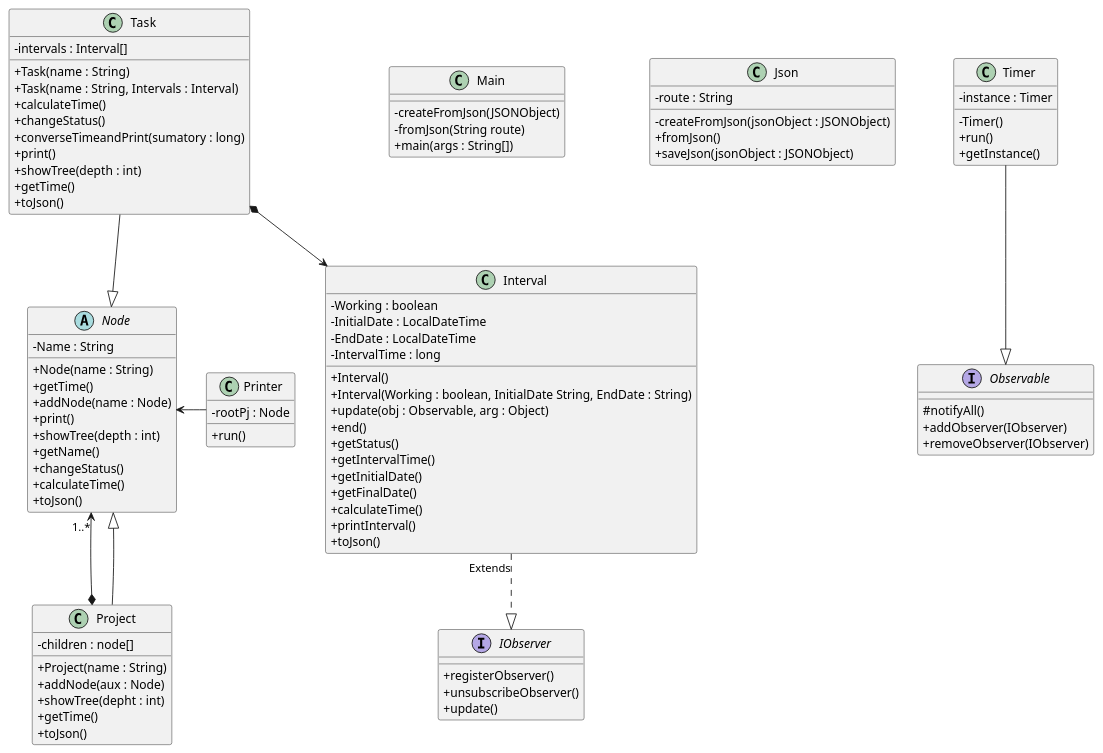
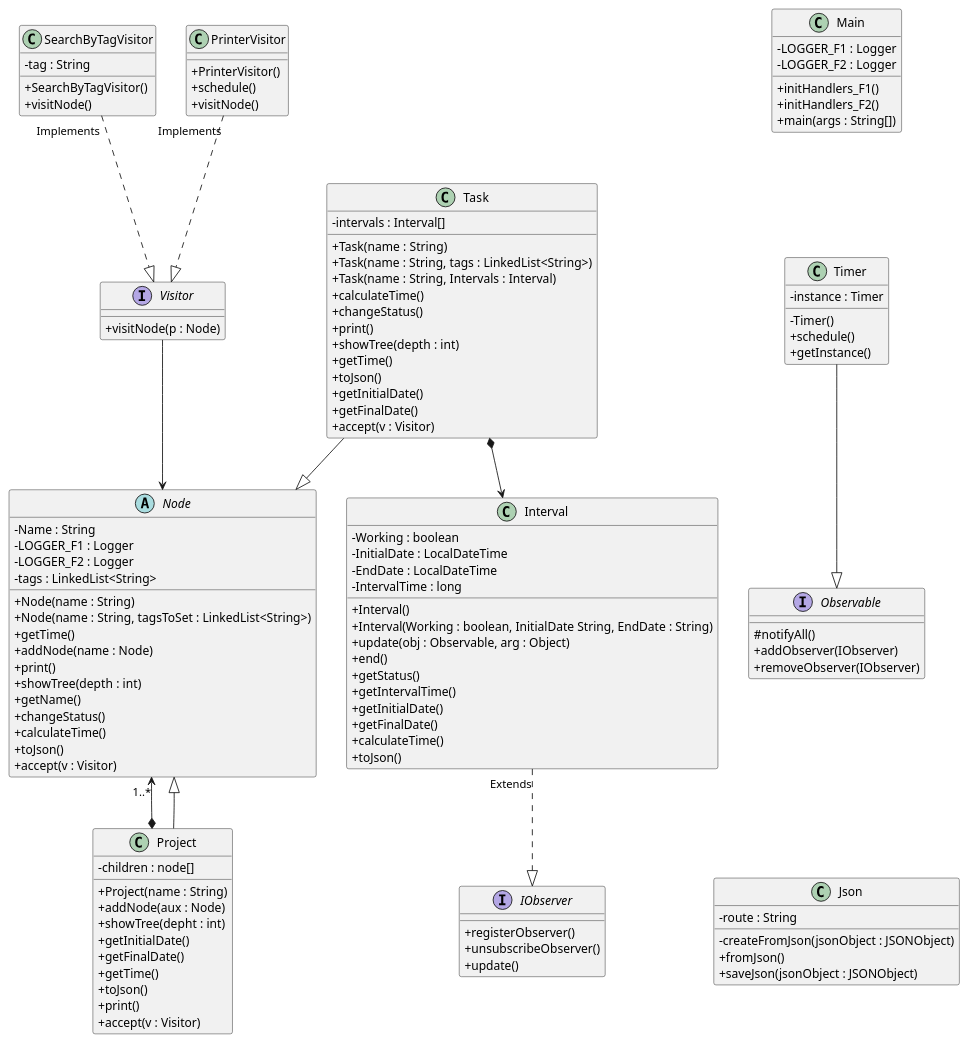
One commit to lluisalonsop/PracticaDS-2021-2022 changed the diagram in model.puml. Above: the diagram before and after it, drawn with PlantUML. The commit also changed 11 other files, not shown here.

```diff
--- a/model.puml
+++ b/model.puml
@@ -1,102 +1,132 @@
 @startuml
 
 skinparam classAttributeIconSize 0
 
 class Main {
-    - createFromJson(JSONObject)
-    - fromJson(String route)
+    - LOGGER_F1 : Logger 
+    - LOGGER_F2 : Logger
+    + initHandlers_F1()
+    + initHandlers_F2()
     + main(args : String[])
 }
 
 class Json {
     - route : String
     - createFromJson(jsonObject : JSONObject)
     + fromJson()
     + saveJson(jsonObject : JSONObject)
 }
 
 Abstract Node{
     - Name : String
+    - LOGGER_F1 : Logger 
+    - LOGGER_F2 : Logger
+    - tags : LinkedList<String>
     + Node(name : String)
+    + Node(name : String, tagsToSet : LinkedList<String>)
     + getTime()
     + addNode(name : Node)
     + print()
     + showTree(depth : int)
     + getName()
     + changeStatus()
     + calculateTime()
     + toJson()
+    + accept(v : Visitor)
 }
 
 class Project {
     - children : node[]
     + Project(name : String)
     + addNode(aux : Node)
     + showTree(depht : int)
+    + getInitialDate()
+    + getFinalDate()
     + getTime()
     + toJson()
+    + print()
+    + accept(v : Visitor)
 }
 
 class Task {
     - intervals : Interval[]
     + Task(name : String) 
+    + Task(name : String, tags : LinkedList<String>)
     + Task(name : String, Intervals : Interval)
     + calculateTime()
     + changeStatus()
-    + converseTimeandPrint(sumatory : long)
     + print()
     + showTree(depth : int)
     + getTime()
     + toJson()
+    + getInitialDate()
+    + getFinalDate()
+    + accept(v : Visitor)
 }
 class Interval{
     - Working : boolean
     - InitialDate : LocalDateTime
     - EndDate : LocalDateTime
     - IntervalTime : long
     + Interval()
     + Interval(Working : boolean, InitialDate String, EndDate : String)
     + update(obj : Observable, arg : Object)
     + end()
     + getStatus()
     + getIntervalTime()
     + getInitialDate()
     + getFinalDate()
     + calculateTime()
-    + printInterval()
     + toJson()
 }
 
 Interface Observable{
     #notifyAll()
     +addObserver(IObserver)
     +removeObserver(IObserver)
 }
 
 class Timer{
     - instance : Timer
     - Timer()
-    + run()
+    + schedule()
     + getInstance()
 }
 
-class Printer{
-    -rootPj : Node
-    + run()
+interface Visitor{
+    + visitNode(p : Node)
+}
+
+class SearchByTagVisitor{
+    - tag : String
+    + SearchByTagVisitor()
+    + visitNode()
+}
+
+class PrinterVisitor{
+    + PrinterVisitor()
+    + schedule()
+    + visitNode()
 }
 
 Interface (IObserver){
     +registerObserver()
     +unsubscribeObserver()
     +update()
 }
 
 Task *--> Interval
 Project *-up-> "1..*" Node
 
 Task -down-|> Node
 Project -up-|> Node
-Timer --|> Observable
+Visitor -down-> Node
+SearchByTagVisitor "Implements" ..|> Visitor
+PrinterVisitor "Implements" ..|> Visitor
+Timer -down-|> Observable
 Interval "Extends" ..|> IObserver
-Printer -> Node
+
+Main -[hidden]down-> Timer
+Observable -[hidden]down-> Json
+
 @enduml
```
